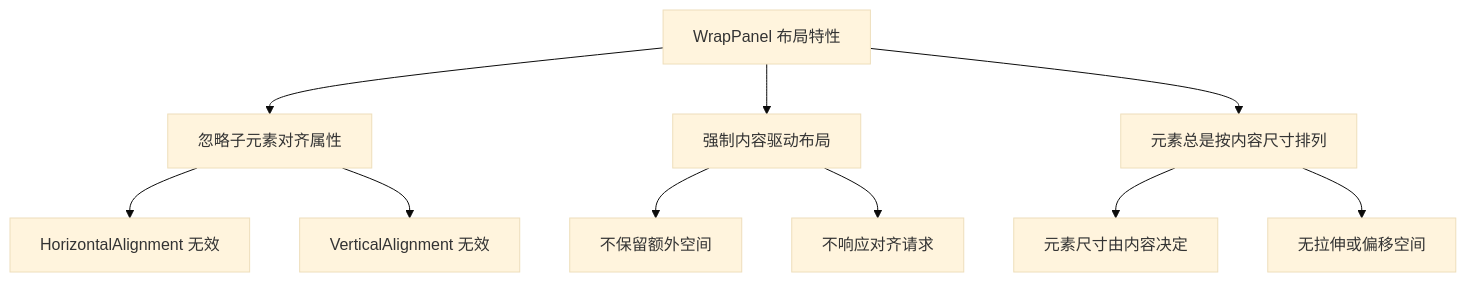
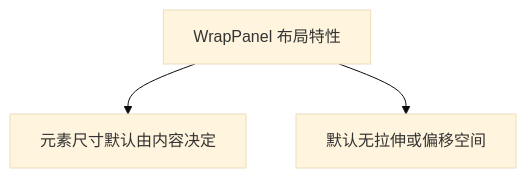
The sixth of 15 diagrams in WPF.md (xiaoYoc/CSharp-Learning-Notes-In-a-Nutshell), drawn with Mermaid (base theme) before and after one commit. The commit also changed other lines of this file and 5 other files, not shown here.

````diff
--- a/WPF.md
+++ b/WPF.md
@@ -1001,15 +998,5 @@
 ```mermaid
 graph TD
-    A[WrapPanel 布局特性] --> B[忽略子元素对齐属性]
-    A --> C[强制内容驱动布局]
-    A --> D[元素总是按内容尺寸排列]
-    
-    B --> B1[HorizontalAlignment 无效]
-    B --> B2[VerticalAlignment 无效]
-    
-    C --> C1[不保留额外空间]
-    C --> C2[不响应对齐请求]
-    
-    D --> D1[元素尺寸由内容决定]
-    D --> D2[无拉伸或偏移空间]
+    A[WrapPanel 布局特性] -->  D1[元素尺寸默认由内容决定]
+    A --> D2[默认无拉伸或偏移空间]
 ```
````
